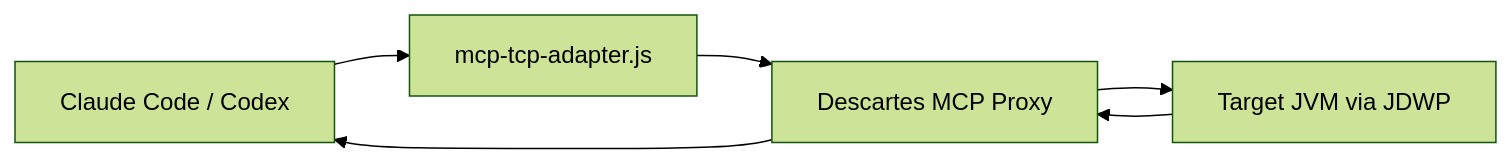
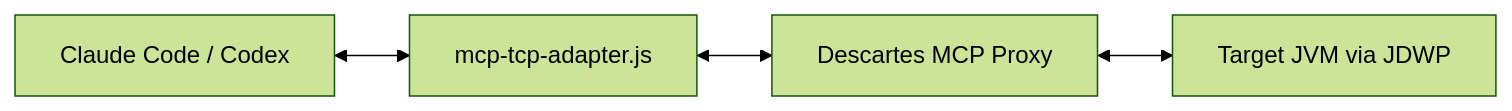
One commit to widoriezebos/descartes-mcp changed the diagram in README.md. Above: the diagram before and after it, drawn with Mermaid (forest theme). The commit also changed other lines of this file, not shown here.

````diff
--- a/README.md
+++ b/README.md
@@ -106,8 +133,6 @@
 ```mermaid
 flowchart LR
-  A[Claude Code / Codex] --> B[mcp-tcp-adapter.js]
-  B --> C[Descartes MCP Proxy]
-  C --> D[Target JVM via JDWP]
-  D --> C
-  C --> A
+  A[Claude Code / Codex] <--> B[mcp-tcp-adapter.js]
+  B <--> C[Descartes MCP Proxy]
+  C <--> D[Target JVM via JDWP]
 ```
````
